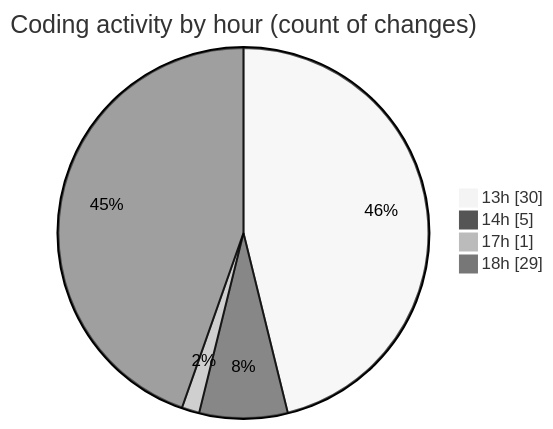
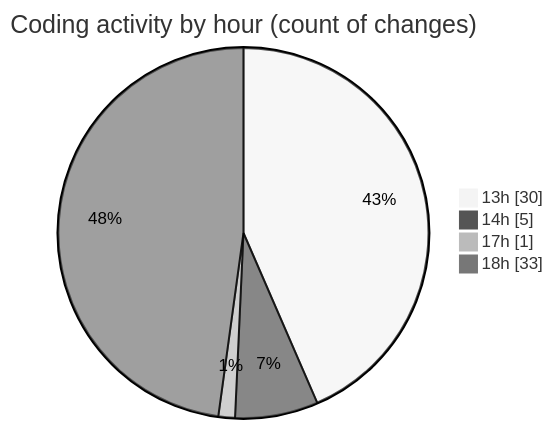
Before and after one commit to robertbonfada/code-tracking: the second of 2 diagrams in 2025-01-14/mbc-web/README.md, drawn with Mermaid (neutral theme). The commit also changed other lines of this file and 1 other file, not shown here.

````diff
--- a/2025-01-14/mbc-web/README.md
+++ b/2025-01-14/mbc-web/README.md
@@ -51,8 +55,8 @@
 ```mermaid
 pie showData
 title Coding activity by hour (count of changes)
 "13h" : 30
 "14h" : 5
 "17h" : 1
-"18h" : 29
+"18h" : 33
 ```
````
